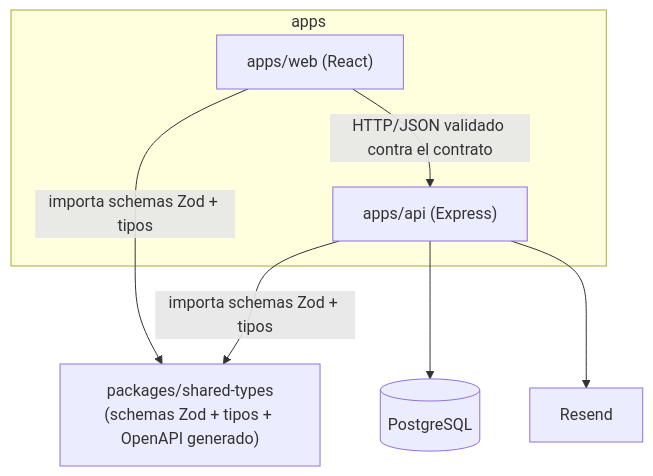
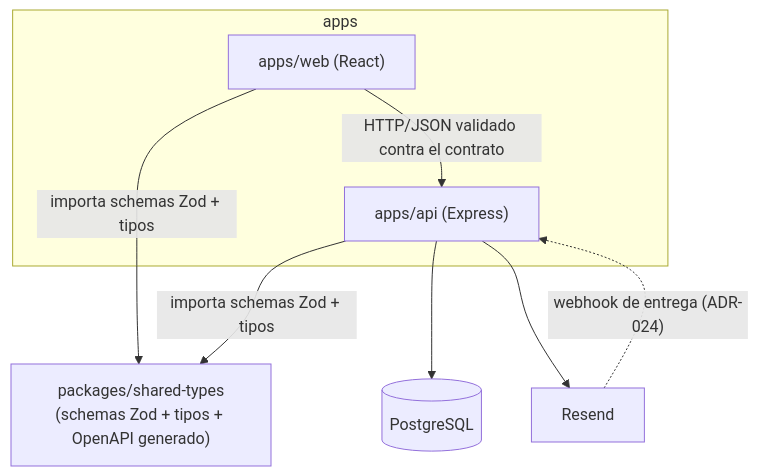
One commit to AddOn2394/event-promotion-platform changed the fourth of 4 diagrams in spec/SPEC_FUNCIONAL.md. Above: the diagram before and after it, drawn with Mermaid. The commit also changed other lines of this file and 2 other files, not shown here.

Commit message:
Actualizar documentación a versión 1.3, incorporando cambios en las decisiones de arquitectura, incluyendo nuevos ADRs sobre descuentos configurables y notificaciones con seguimiento de entrega.

````diff
--- a/spec/SPEC_FUNCIONAL.md
+++ b/spec/SPEC_FUNCIONAL.md
@@ -325,16 +370,17 @@
 ```mermaid
 graph TD
     subgraph apps
         Web["apps/web (React)"]
         Api["apps/api (Express)"]
     end
     Shared["packages/shared-types<br/>(schemas Zod + tipos + OpenAPI generado)"]
     DB[("PostgreSQL")]
     Mail["Resend"]
 
     Web -->|"importa schemas Zod + tipos"| Shared
     Api -->|"importa schemas Zod + tipos"| Shared
     Web -->|"HTTP/JSON validado contra el contrato"| Api
     Api --> DB
     Api --> Mail
+    Mail -.->|"webhook de entrega (ADR-024)"| Api
 ```
````
